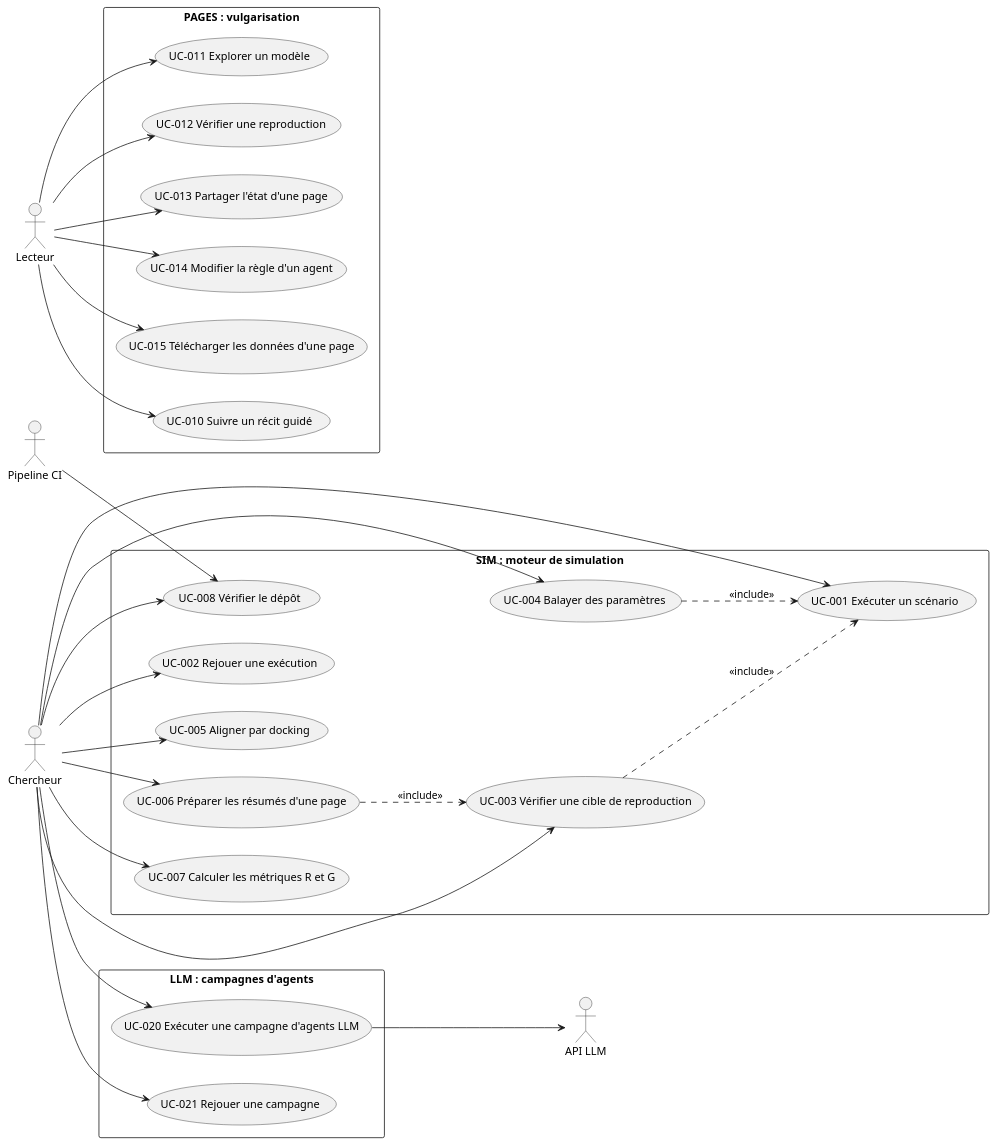
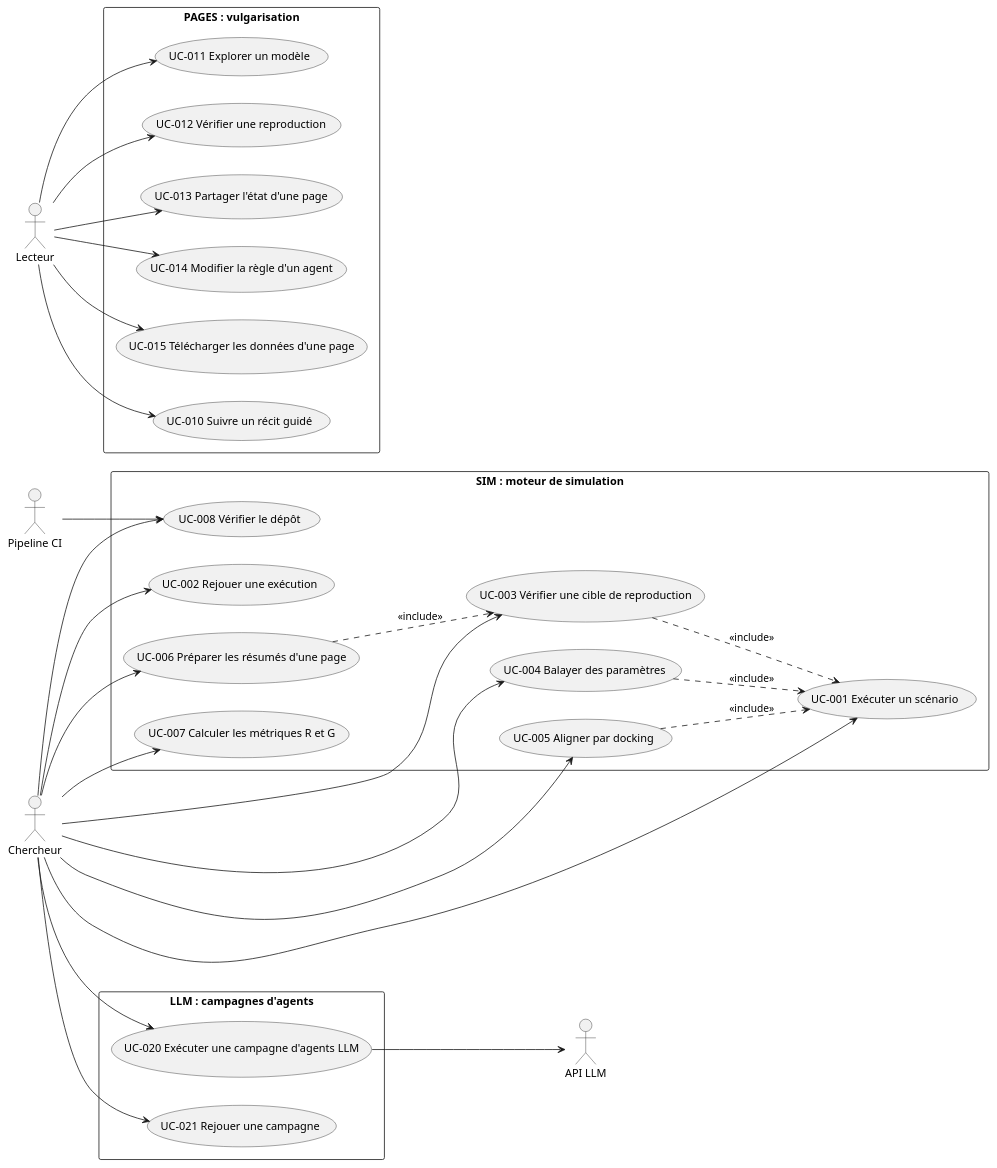
One commit to agbruneau/Prospection changed the diagram in colonies-agentique/specs/cas-utilisation.puml. Above: the diagram before and after it, drawn with PlantUML. The commit also changed 5 other files, not shown here.

```diff
--- a/colonies-agentique/specs/cas-utilisation.puml
+++ b/colonies-agentique/specs/cas-utilisation.puml
@@ -1,61 +1,62 @@
 @startuml cas-utilisation
 ' Diagramme des cas d'utilisation de la plateforme colonies-agentique.
 ' Il sert aussi de liste de contrôle : un cas présent ici sans fichier dans cas-utilisation/ reste à rédiger.
 left to right direction
 skinparam packageStyle rectangle
 
 actor "Chercheur" as Chercheur
 actor "Pipeline CI" as CI
 actor "Lecteur" as Lecteur
 actor "API LLM" as API
 
 rectangle "SIM : moteur de simulation" {
   usecase "UC-001 Exécuter un scénario" as UC001
   usecase "UC-002 Rejouer une exécution" as UC002
   usecase "UC-003 Vérifier une cible de reproduction" as UC003
   usecase "UC-004 Balayer des paramètres" as UC004
   usecase "UC-005 Aligner par docking" as UC005
   usecase "UC-006 Préparer les résumés d'une page" as UC006
   usecase "UC-007 Calculer les métriques R et G" as UC007
   usecase "UC-008 Vérifier le dépôt" as UC008
 }
 
 rectangle "PAGES : vulgarisation" {
   usecase "UC-010 Suivre un récit guidé" as UC010
   usecase "UC-011 Explorer un modèle" as UC011
   usecase "UC-012 Vérifier une reproduction" as UC012
   usecase "UC-013 Partager l'état d'une page" as UC013
   usecase "UC-014 Modifier la règle d'un agent" as UC014
   usecase "UC-015 Télécharger les données d'une page" as UC015
 }
 
 rectangle "LLM : campagnes d'agents" {
   usecase "UC-020 Exécuter une campagne d'agents LLM" as UC020
   usecase "UC-021 Rejouer une campagne" as UC021
 }
 
 Chercheur --> UC001
 Chercheur --> UC002
 Chercheur --> UC003
 Chercheur --> UC004
 Chercheur --> UC005
 Chercheur --> UC006
 Chercheur --> UC007
 Chercheur --> UC008
 CI --> UC008
 
 Lecteur --> UC010
 Lecteur --> UC011
 Lecteur --> UC012
 Lecteur --> UC013
 Lecteur --> UC014
 Lecteur --> UC015
 
 Chercheur --> UC020
 Chercheur --> UC021
 UC020 --> API
 
 UC003 ..> UC001 : <<include>>
 UC004 ..> UC001 : <<include>>
+UC005 ..> UC001 : <<include>>
 UC006 ..> UC003 : <<include>>
 @enduml
```
